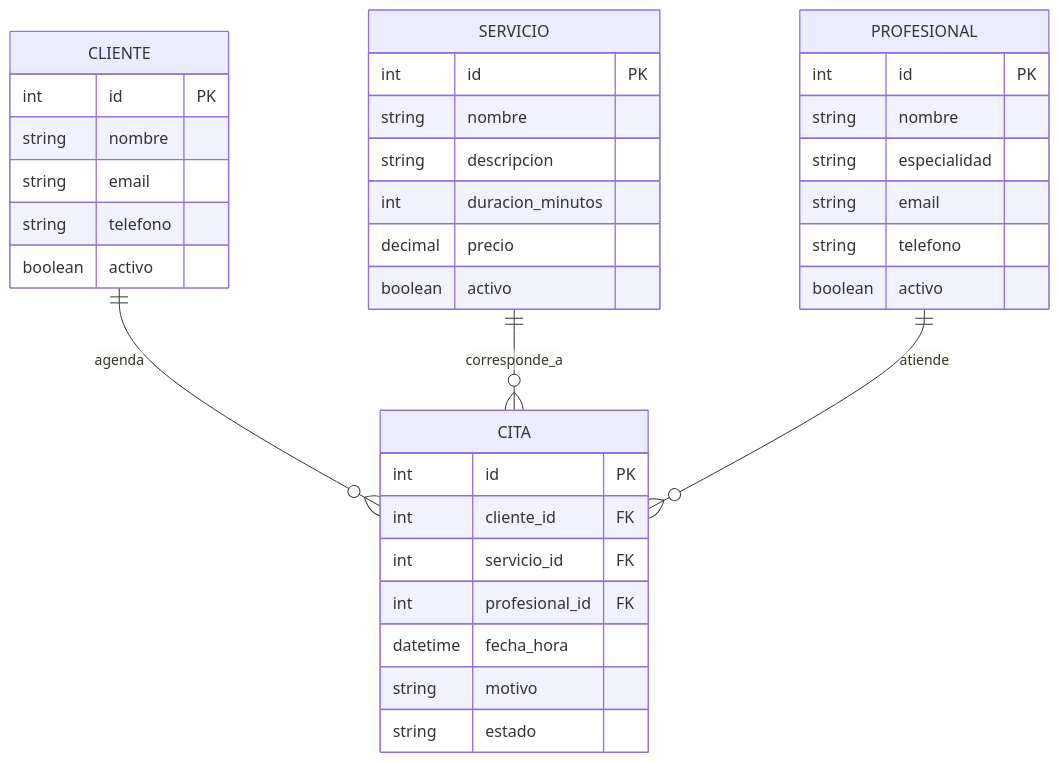
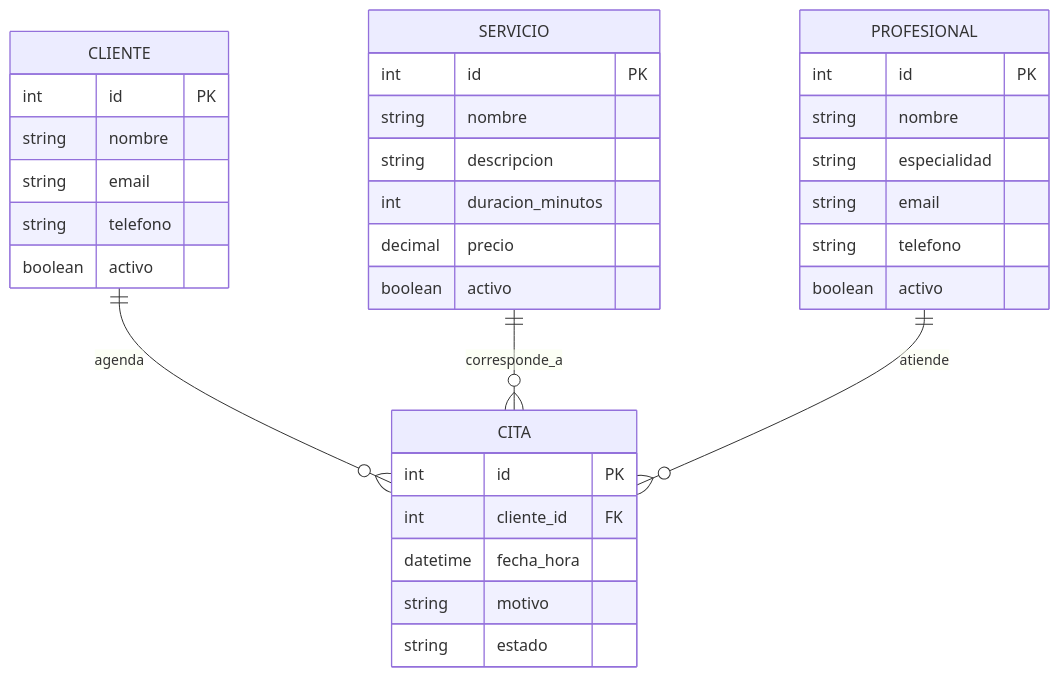
One commit to franciscasalazar2026-art/backend-2026-grupo-1 changed the first of 2 diagrams in docs/diagrama-entidades.md. Above: the diagram before and after it, drawn with Mermaid. The commit also changed other lines of this file, not shown here.

Commit message:
docs(modelo): actualiza diagrama relacional con detalle_reservas y tablas de seguridad

````diff
--- a/docs/diagrama-entidades.md
+++ b/docs/diagrama-entidades.md
@@ -9,39 +9,37 @@
 ```mermaid
 erDiagram
     CLIENTE ||--o{ CITA : agenda
     SERVICIO ||--o{ CITA : corresponde_a
     PROFESIONAL ||--o{ CITA : atiende
 
     CLIENTE {
         int id PK
         string nombre
         string email
         string telefono
         boolean activo
     }
     SERVICIO {
         int id PK
         string nombre
         string descripcion
         int duracion_minutos
         decimal precio
         boolean activo
     }
     PROFESIONAL {
         int id PK
         string nombre
         string especialidad
         string email
         string telefono
         boolean activo
     }
     CITA {
         int id PK
         int cliente_id FK
-        int servicio_id FK
-        int profesional_id FK
         datetime fecha_hora
         string motivo
         string estado
     }
 ```
````
